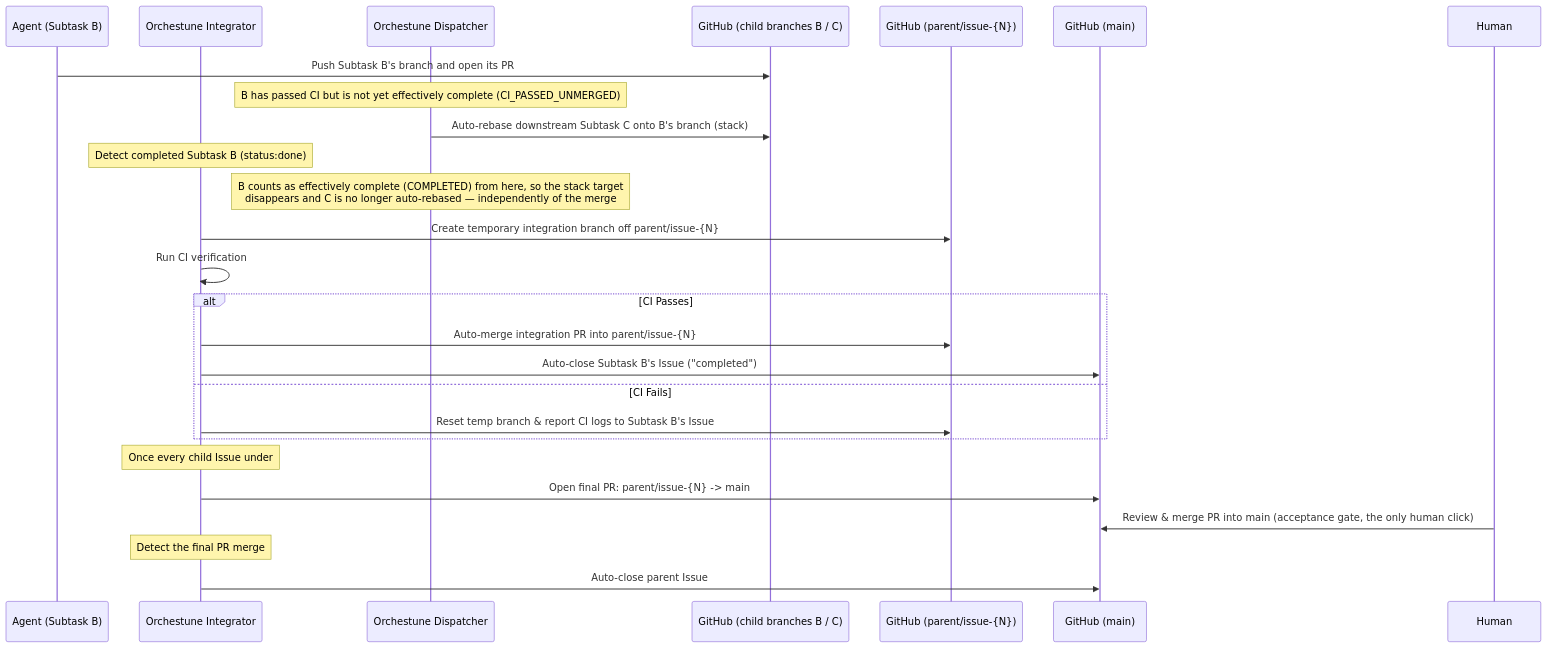
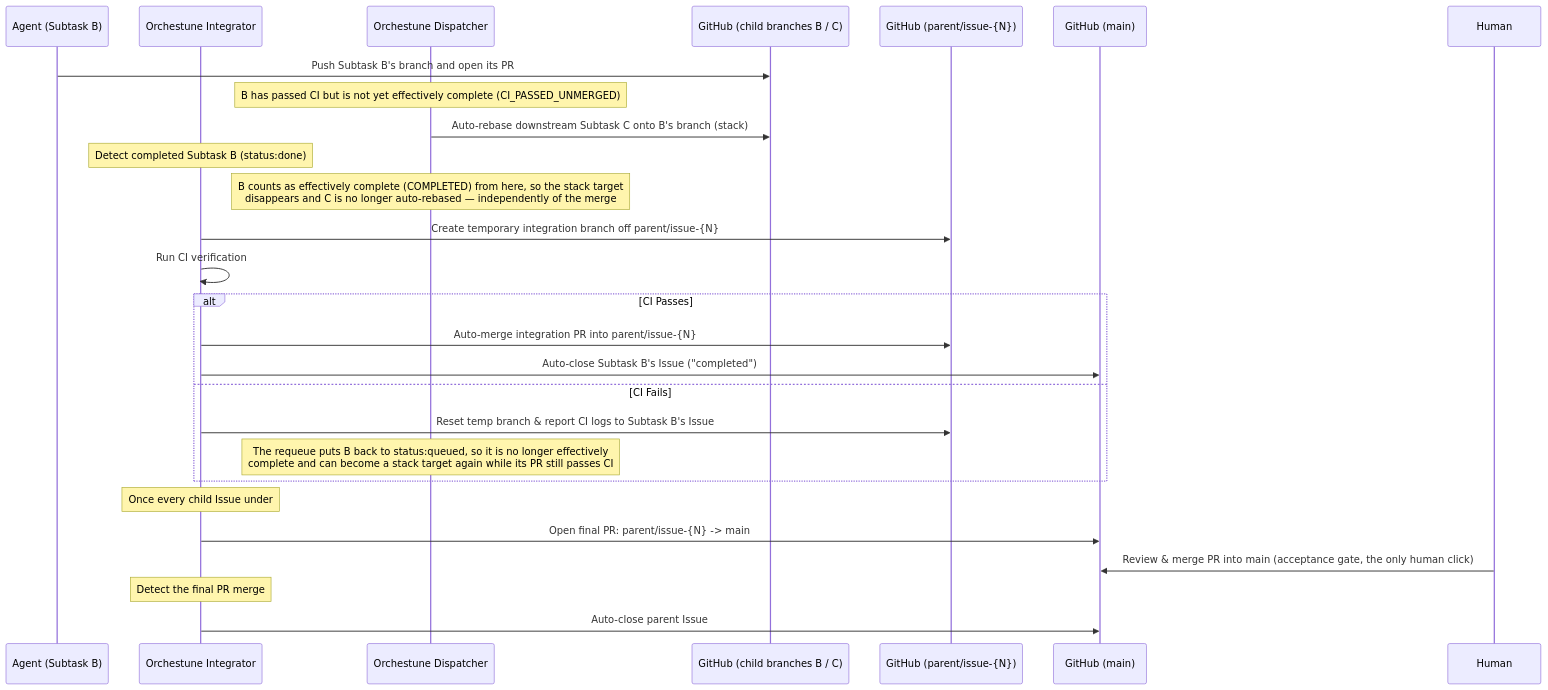
Before and after one commit to Saltmu/orchestune: the diagram in docs/en/architecture/integration.md, drawn with Mermaid. The commit also changed other lines of this file and 1 other file, not shown here.

First line of the commit message:
docs(architecture): distinguish delayed integration from failed-and-requeued (#910)

````diff
--- a/docs/en/architecture/integration.md
+++ b/docs/en/architecture/integration.md
@@ -11,29 +11,30 @@
 ```mermaid
 sequenceDiagram
     participant AG as Agent (Subtask B)
     participant IG as Orchestune Integrator
     participant DP as Orchestune Dispatcher
     participant CB as GitHub (child branches B / C)
     participant PB as GitHub (parent/issue-{N})
     participant GH as GitHub (main)
     participant HU as Human
 
     AG->>CB: Push Subtask B's branch and open its PR
     Note over DP: B has passed CI but is not yet effectively complete (CI_PASSED_UNMERGED)
     DP->>CB: Auto-rebase downstream Subtask C onto B's branch (stack)
     Note over IG: Detect completed Subtask B (status:done)
     Note over DP: B counts as effectively complete (COMPLETED) from here, so the stack target<br/>disappears and C is no longer auto-rebased — independently of the merge
     IG->>PB: Create temporary integration branch off parent/issue-{N}
     IG->>IG: Run CI verification
     alt CI Passes
         IG->>PB: Auto-merge integration PR into parent/issue-{N}
         IG->>GH: Auto-close Subtask B's Issue ("completed")
     else CI Fails
         IG->>PB: Reset temp branch & report CI logs to Subtask B's Issue
+        Note over DP: The requeue puts B back to status:queued, so it is no longer effectively<br/>complete and can become a stack target again while its PR still passes CI
     end
     Note over IG: Once every child Issue under #N is closed
     IG->>GH: Open final PR: parent/issue-{N} -> main
     HU->>GH: Review & merge PR into main (acceptance gate, the only human click)
     Note over IG: Detect the final PR merge
     IG->>GH: Auto-close parent Issue #N ("completed")
 ```
````
